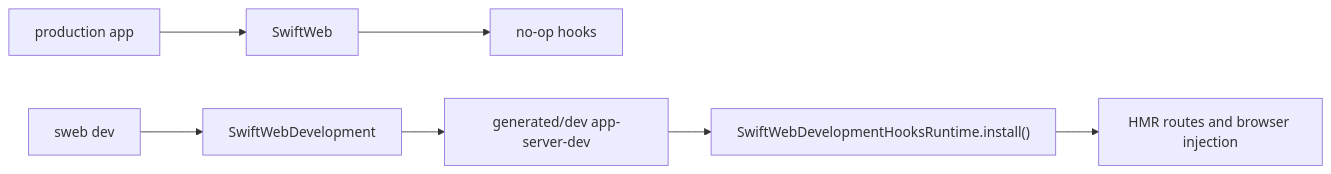
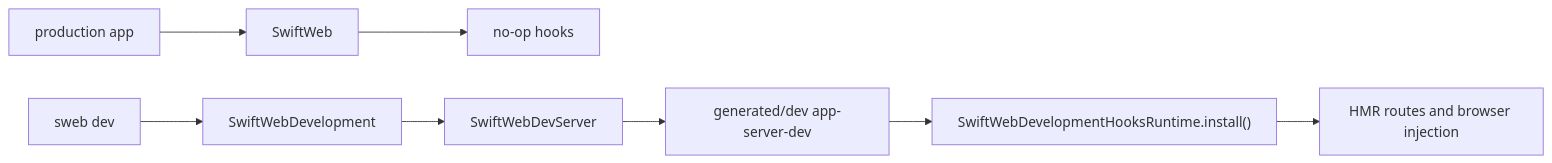
The fourth of 6 diagrams in Sources/SwiftWebDevelopment/README.md (1amageek/swift-web), drawn with Mermaid before and after one commit. The commit also changed other lines of this file and 354 other files, not shown here.

````diff
--- a/Sources/SwiftWebDevelopment/README.md
+++ b/Sources/SwiftWebDevelopment/README.md
@@ -91,9 +95,10 @@
 ```mermaid
 flowchart LR
   A["production app"] --> B["SwiftWeb"]
   B --> C["no-op hooks"]
   D["sweb dev"] --> E["SwiftWebDevelopment"]
-  E --> F["generated/dev app-server-dev"]
-  F --> G["SwiftWebDevelopmentHooksRuntime.install()"]
-  G --> H["HMR routes and browser injection"]
+  E --> F["SwiftWebDevServer"]
+  F --> G["generated/dev app-server-dev"]
+  G --> H["SwiftWebDevelopmentHooksRuntime.install()"]
+  H --> I["HMR routes and browser injection"]
 ```
````
